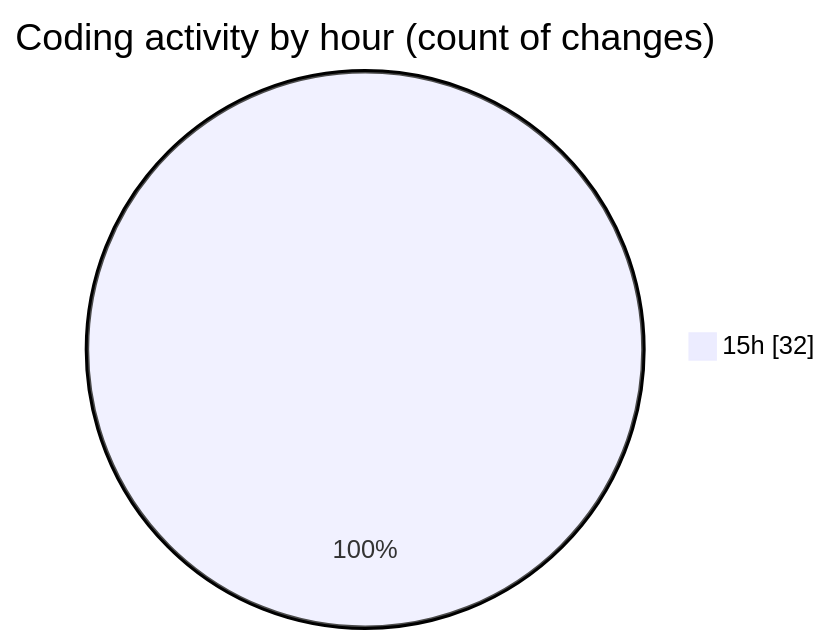
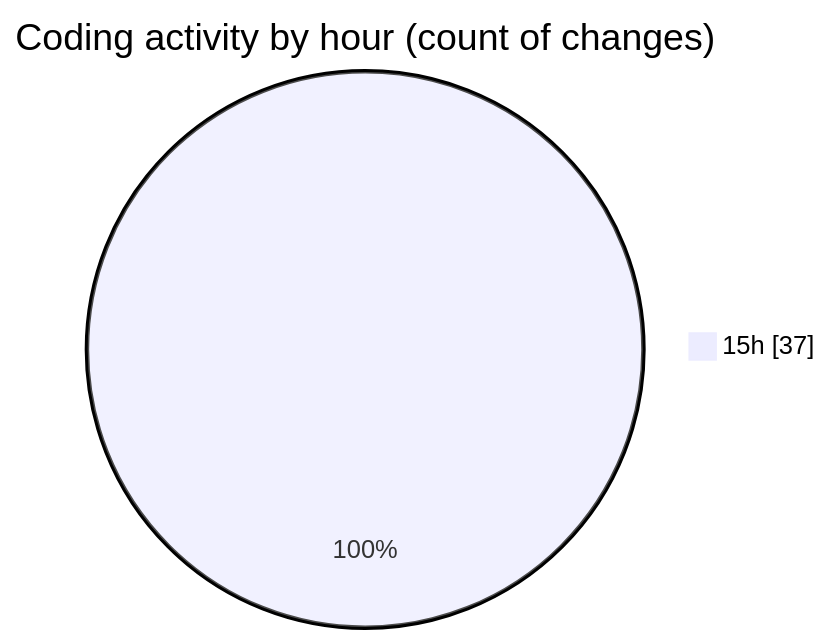
The second of 2 diagrams in 2025-09-08/cashcalculator/README.md (nxtqubesakshisongat/code-tracking), drawn with Mermaid before and after one commit. The commit also changed other lines of this file and 1 other file, not shown here.

````diff
--- a/2025-09-08/cashcalculator/README.md
+++ b/2025-09-08/cashcalculator/README.md
@@ -28,5 +28,5 @@
 ```mermaid
 pie showData
 title Coding activity by hour (count of changes)
-"15h" : 32
+"15h" : 37
 ```
````
